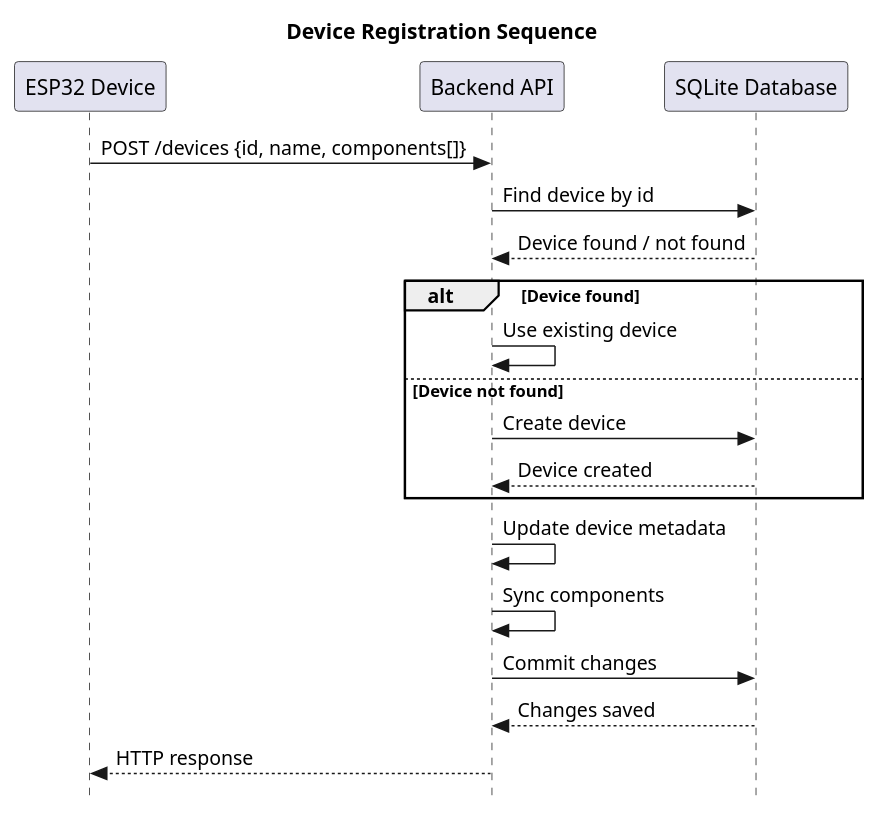
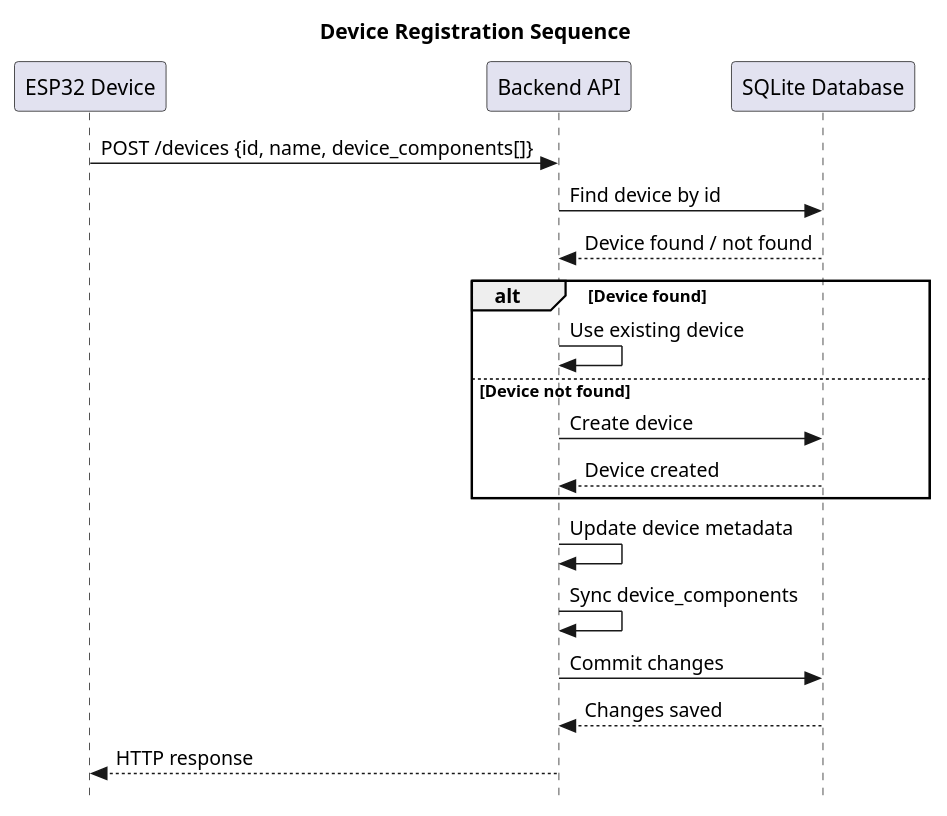
Before and after one commit to bobskefeurat/iot-device-platform: the diagram in development_documents/diagrams/system/device_registration_sequence.puml, drawn with PlantUML. The commit also changed 2 other files, not shown here.

Commit message:
docs: update integration diagrams for ESP32 runtime and measurements

```diff
--- a/development_documents/diagrams/system/device_registration_sequence.puml
+++ b/development_documents/diagrams/system/device_registration_sequence.puml
@@ -1,29 +1,29 @@
 @startuml device_registration_sequence
 
 skinparam style strictuml
 title "Device Registration Sequence"
 
 participant "ESP32 Device" as esp32
 participant "Backend API" as backend
 participant "SQLite Database" as db
 
-esp32 -> backend : POST /devices {id, name, components[]}
+esp32 -> backend : POST /devices {id, name, device_components[]}
 backend -> db : Find device by id
 
 db --> backend : Device found / not found
 
 alt Device found
 backend -> backend : Use existing device
 else Device not found
 backend -> db : Create device
 db --> backend : Device created
 end
 
 backend -> backend : Update device metadata
-backend -> backend : Sync components
+backend -> backend : Sync device_components
 backend -> db : Commit changes
 db --> backend : Changes saved
 
 backend --> esp32 : HTTP response
 
 @enduml
```
